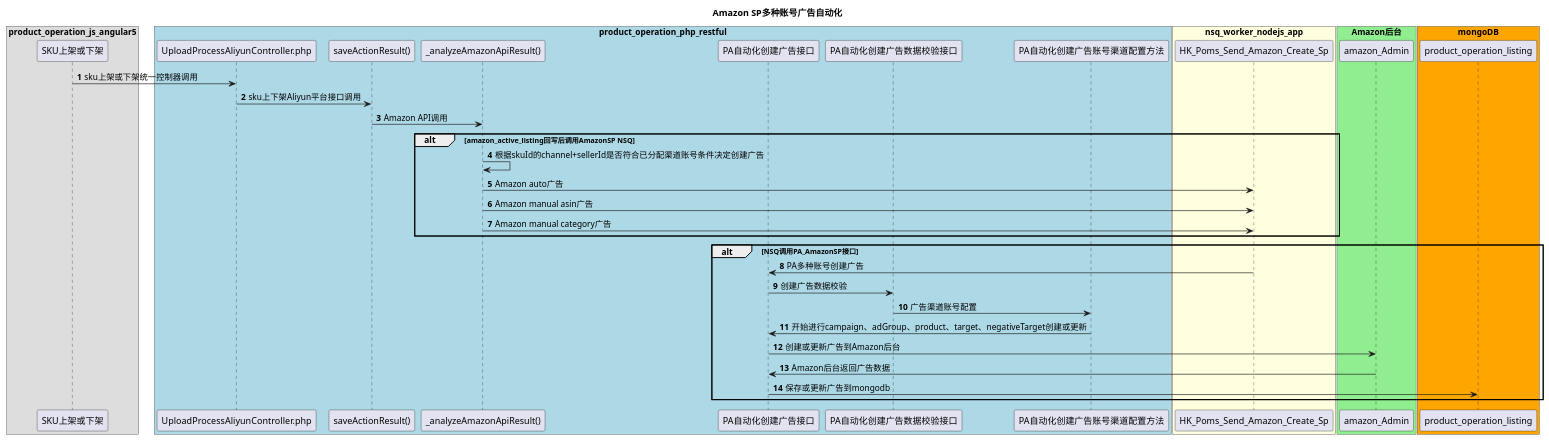
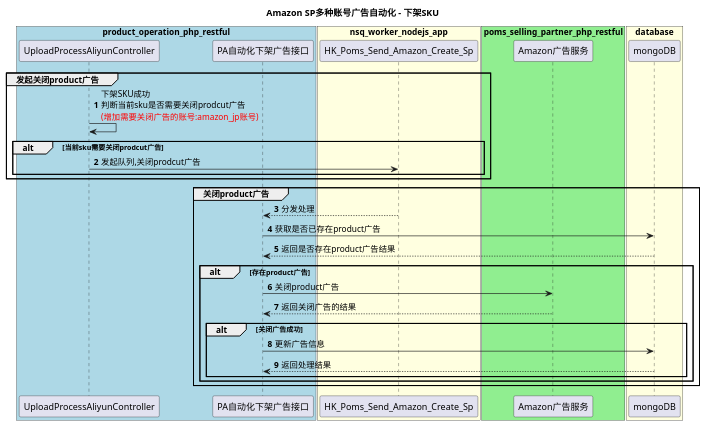
The diagram in uml/Amazon SP多种账号广告自动化.puml (shallowdream1997/ShallowDream-LeetCode-PHP), drawn with PlantUML before and after one commit. The commit also changed 2 other files, not shown here.

```diff
--- a/uml/Amazon SP多种账号广告自动化.puml
+++ b/uml/Amazon SP多种账号广告自动化.puml
@@ -1,52 +1,47 @@
 @startuml
-title Amazon SP多种账号广告自动化
+title Amazon SP多种账号广告自动化 - 下架SKU
 autonumber
 
-box "product_operation_js_angular5"
-participant "SKU上架或下架" as sku_upload_or_download
-end box
+box "product_operation_php_restful" #lightBlue
 
-box "product_operation_php_restful" #lightBlue
-participant "UploadProcessAliyunController.php" as upload_process_aliyun_controller
-participant "saveActionResult()" as saveActionResult
-participant "_analyzeAmazonApiResult()" as _analyzeAmazonApiResult
-participant "PA自动化创建广告接口" as paAutoAmazonSP
-participant "PA自动化创建广告数据校验接口" as paAutoAmazonSPValidate
-participant "PA自动化创建广告账号渠道配置方法" as paAutoAmazonSPConfig
+participant "UploadProcessAliyunController" as uploadPrecess
+participant "PA自动化下架广告接口" as paAutoAmazonSP
 end box
 
 box "nsq_worker_nodejs_app" #lightYellow
 participant "HK_Poms_Send_Amazon_Create_Sp" as HK_Poms_Send_Amazon_Create_Sp
 end box
 
-box "Amazon后台" #lightGreen
-participant "amazon_Admin" as Amazon后台
+box "poms_selling_partner_php_restful" #lightGreen
+participant "Amazon广告服务" as amazon
 end box
 
-box "mongoDB" #orange
-participant "product_operation_listing" as db
+box "database" #lightYellow
+participant "mongoDB" as db
 end box
-
-sku_upload_or_download -> upload_process_aliyun_controller : sku上架或下架统一控制器调用
-upload_process_aliyun_controller -> saveActionResult : sku上下架Aliyun平台接口调用
-saveActionResult -> _analyzeAmazonApiResult : Amazon API调用
-
-alt amazon_active_listing回写后调用AmazonSP NSQ
-_analyzeAmazonApiResult -> _analyzeAmazonApiResult : 根据skuId的channel+sellerId是否符合已分配渠道账号条件决定创建广告
-_analyzeAmazonApiResult -> HK_Poms_Send_Amazon_Create_Sp : Amazon auto广告
-_analyzeAmazonApiResult -> HK_Poms_Send_Amazon_Create_Sp : Amazon manual asin广告
-_analyzeAmazonApiResult -> HK_Poms_Send_Amazon_Create_Sp : Amazon manual category广告
+group 发起关闭product广告
+uploadPrecess -> uploadPrecess : 下架SKU成功\n判断当前sku是否需要关闭prodcut广告\n<color #red>(增加需要关闭广告的账号:amazon_jp账号)
+alt 当前sku需要关闭prodcut广告
+uploadPrecess -> HK_Poms_Send_Amazon_Create_Sp : 发起队列,关闭prodcut广告
+end
 end
 
-alt NSQ调用PA_AmazonSP接口
-HK_Poms_Send_Amazon_Create_Sp -> paAutoAmazonSP : PA多种账号创建广告
-paAutoAmazonSP -> paAutoAmazonSPValidate : 创建广告数据校验
-paAutoAmazonSPValidate -> paAutoAmazonSPConfig : 广告渠道账号配置
-paAutoAmazonSPConfig -> paAutoAmazonSP : 开始进行campaign、adGroup、product、target、negativeTarget创建或更新
-paAutoAmazonSP -> Amazon后台 : 创建或更新广告到Amazon后台
-Amazon后台 -> paAutoAmazonSP : Amazon后台返回广告数据
-paAutoAmazonSP -> db : 保存或更新广告到mongodb
+group 关闭product广告
+HK_Poms_Send_Amazon_Create_Sp --> paAutoAmazonSP : 分发处理
+
+paAutoAmazonSP -> db : 获取是否已存在product广告
+db --> paAutoAmazonSP : 返回是否存在product广告结果
+
+alt 存在product广告
+paAutoAmazonSP -> amazon : 关闭product广告
+amazon --> paAutoAmazonSP : 返回关闭广告的结果
+
+alt 关闭广告成功
+paAutoAmazonSP -> db : 更新广告信息
+db --> paAutoAmazonSP : 返回处理结果
+end
+end
 end
 
 
 @enduml
```
